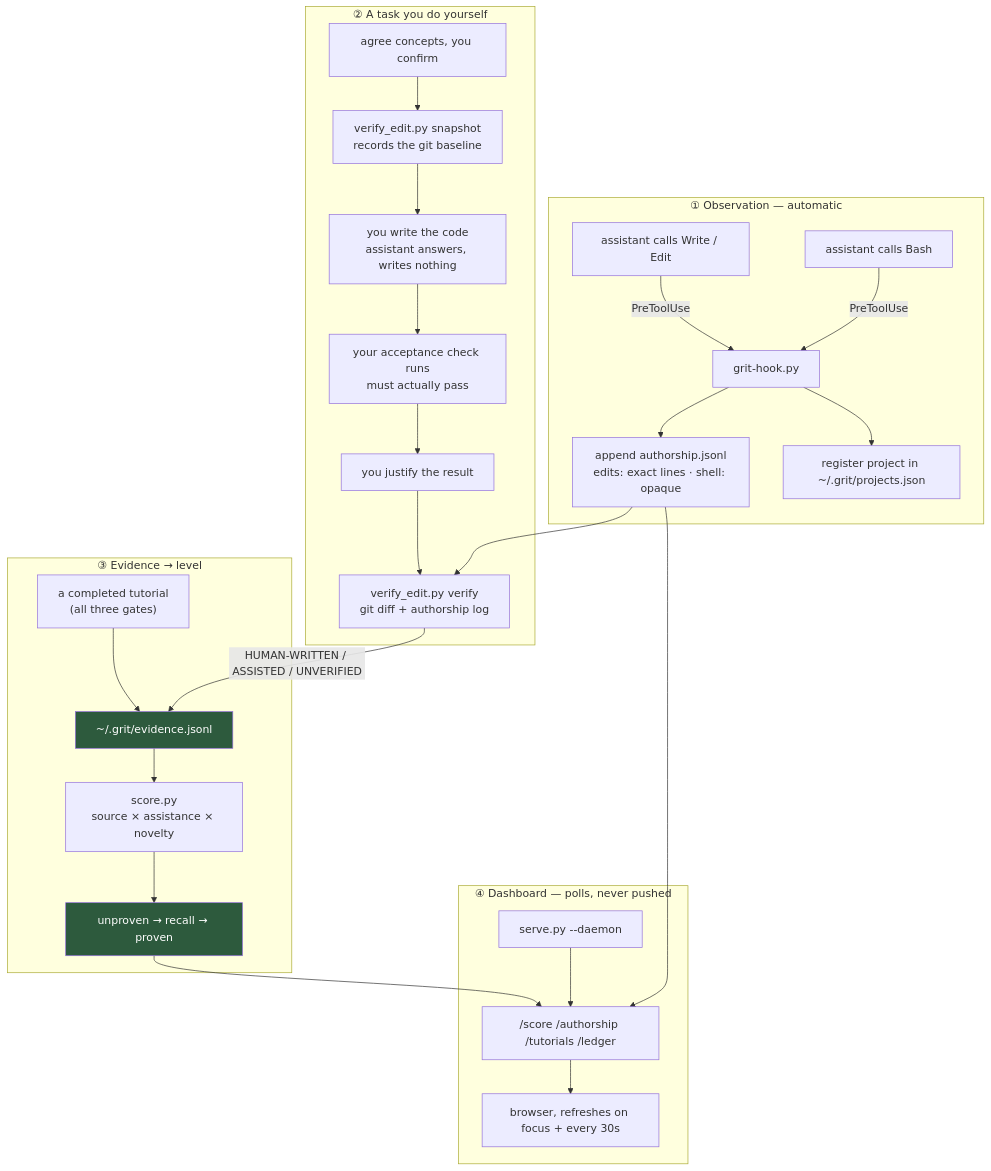
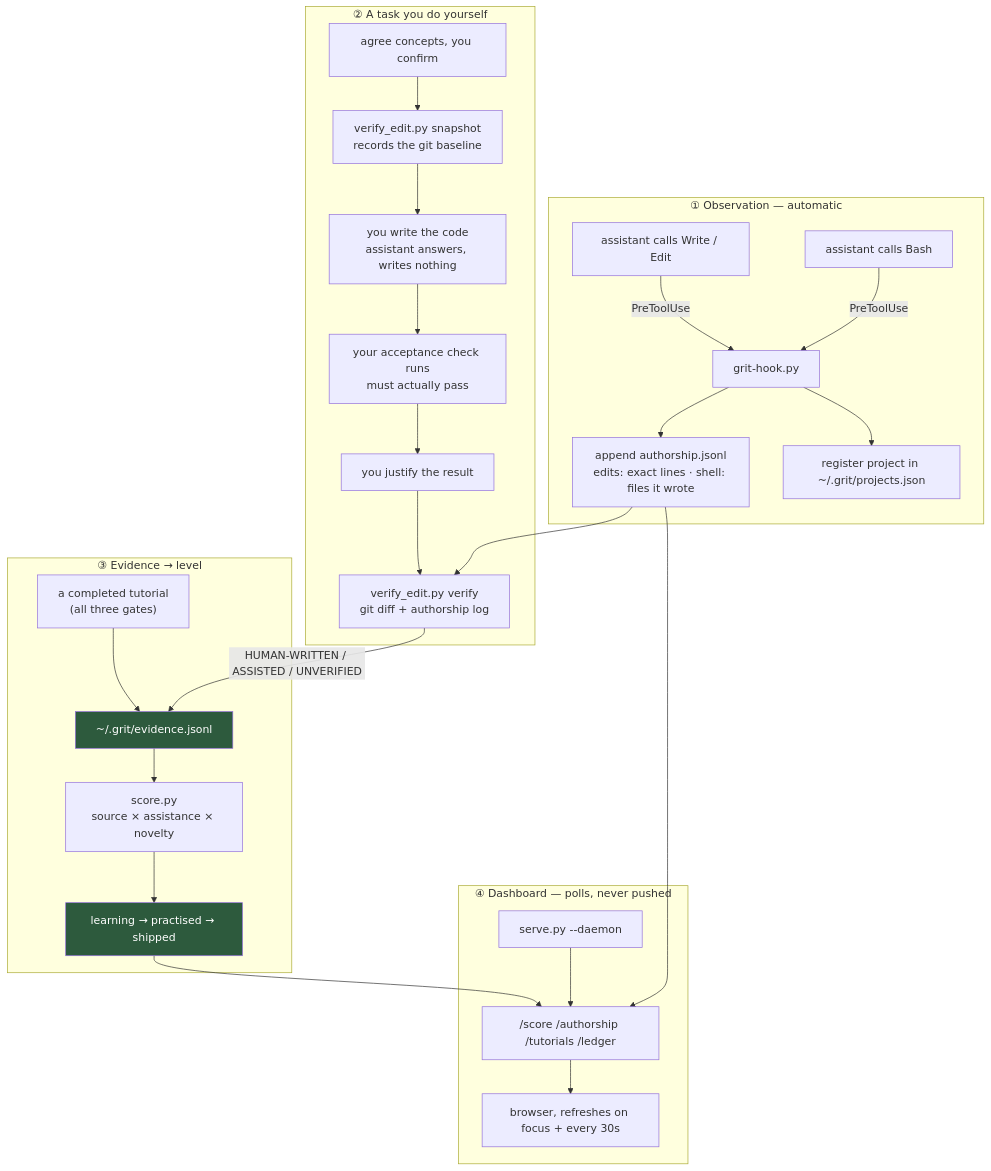
Before and after one commit to state-alchemists/grit: the diagram in .sdlc/docs/ARCHITECTURE.md, drawn with Mermaid. The commit also changed other lines of this file and 32 other files, not shown here.

````diff
--- a/.sdlc/docs/ARCHITECTURE.md
+++ b/.sdlc/docs/ARCHITECTURE.md
@@ -57,36 +58,36 @@
 ```mermaid
 flowchart TD
     subgraph OBSERVE ["① Observation — automatic"]
         W["assistant calls Write / Edit"] -->|PreToolUse| H["grit-hook.py"]
         B["assistant calls Bash"] -->|PreToolUse| H
-        H --> H1["append authorship.jsonl<br/>edits: exact lines · shell: opaque"]
+        H --> H1["append authorship.jsonl<br/>edits: exact lines · shell: files it wrote"]
         H --> H2["register project in ~/.grit/projects.json"]
     end
 
     subgraph WORK ["② A task you do yourself"]
         C["agree concepts, you confirm"] --> SNAP["verify_edit.py snapshot<br/>records the git baseline"]
         SNAP --> DIY["you write the code<br/>assistant answers, writes nothing"]
         DIY --> CHK["your acceptance check runs<br/>must actually pass"]
         CHK --> JUS["you justify the result"]
         JUS --> VER["verify_edit.py verify<br/>git diff + authorship log"]
     end
 
     subgraph SCORE ["③ Evidence → level"]
         VER -->|HUMAN-WRITTEN / ASSISTED / UNVERIFIED| EV["~/.grit/evidence.jsonl"]
         TUT["a completed tutorial<br/>(all three gates)"] --> EV
         EV --> CALC["score.py<br/>source × assistance × novelty"]
-        CALC --> LV["unproven → recall → proven"]
+        CALC --> LV["learning → practised → shipped"]
     end
 
     subgraph VIEW ["④ Dashboard — polls, never pushed"]
         D["serve.py --daemon"] --> API["/score /authorship /tutorials /ledger"]
         API --> PAGE["browser, refreshes on focus + every 30s"]
     end
 
     H1 --> VER
     LV --> API
     H1 --> API
 
     style EV fill:#2d5a3d,color:#fff
     style LV fill:#2d5a3d,color:#fff
 ```
````
